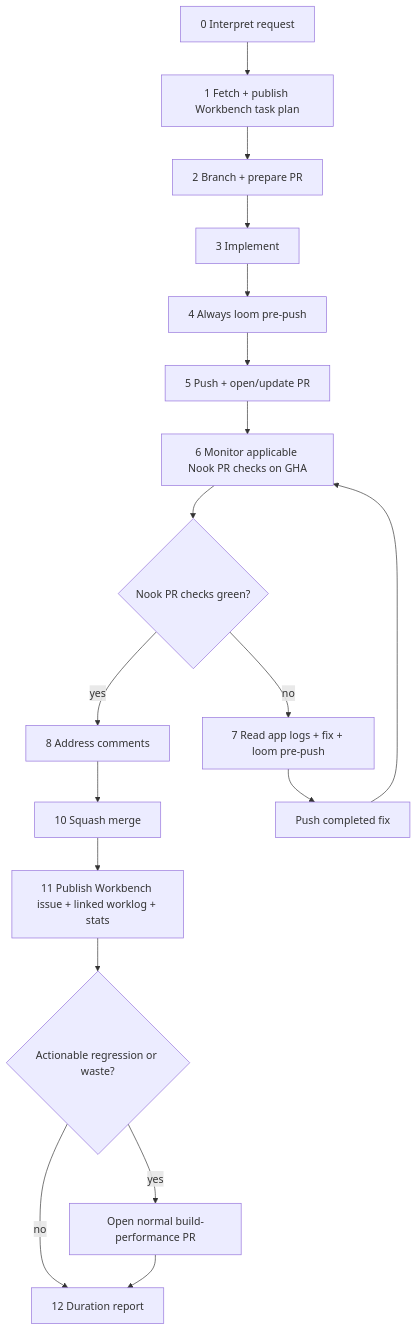
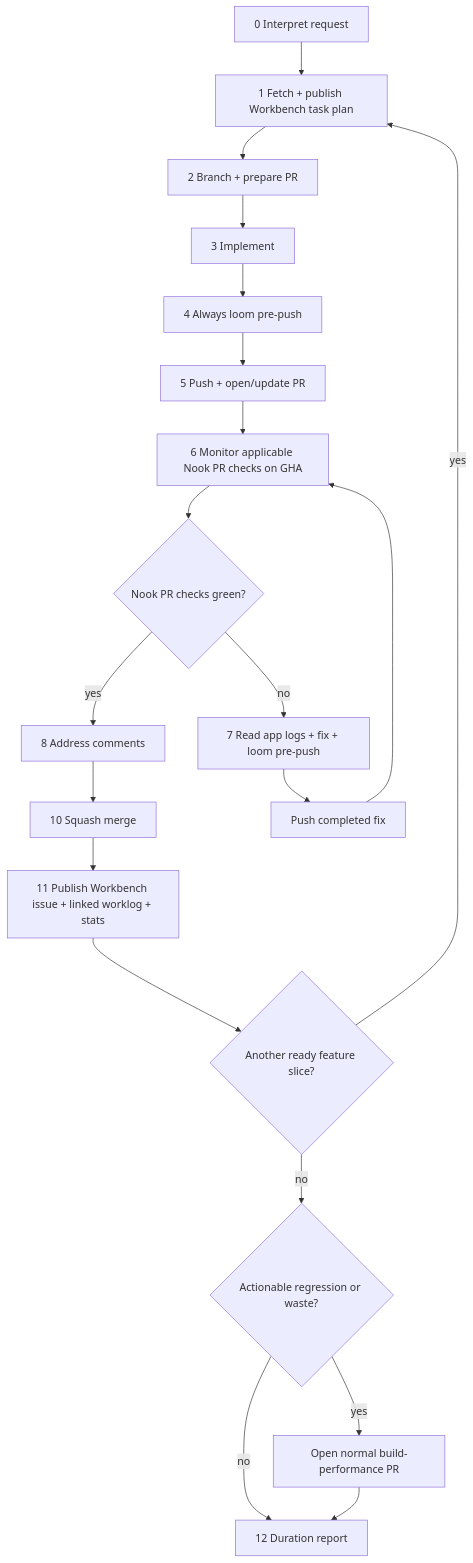
One commit to meta-secret/nook changed the diagram in .cortex/workflows/coding-bro.md. Above: the diagram before and after it, drawn with Mermaid. The commit also changed 6 other files, not shown here.

````diff
--- a/.cortex/workflows/coding-bro.md
+++ b/.cortex/workflows/coding-bro.md
@@ -215,20 +215,22 @@
 ```mermaid
 flowchart TD
   P[0 Interpret request] --> F[1 Fetch + publish Workbench task plan]
   F --> B[2 Branch + prepare PR]
   B --> I[3 Implement]
   I --> H[4 Always loom pre-push]
   H --> PU[5 Push + open/update PR]
   PU --> PR[6 Monitor applicable Nook PR checks on GHA]
   PR --> G{Nook PR checks green?}
   G -->|yes| C[8 Address comments]
   C --> M[10 Squash merge]
   G -->|no| FIX[7 Read app logs + fix + loom pre-push]
   FIX --> PUSH[Push completed fix]
   PUSH --> PR
   M --> S[11 Publish Workbench issue + linked worklog + stats]
-  S --> W{Actionable regression or waste?}
+  S --> N{Another ready feature slice?}
+  N -->|yes| F
+  N -->|no| W{Actionable regression or waste?}
   W -->|yes| BP[Open normal build-performance PR]
   W -->|no| D[12 Duration report]
   BP --> D
 ```
````
